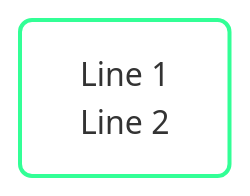
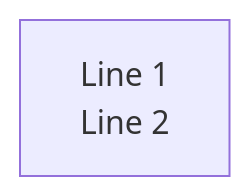
One commit to catface996/powers changed the second of 9 diagrams in requirements-analyst/steering/helper-diagram-standards.md. Above: the diagram before and after it, drawn with Mermaid. The commit also changed other lines of this file, not shown here.

First line of the commit message:
revert(requirements-analyst): remove custom color rules from diagram standards

````diff
--- a/requirements-analyst/steering/helper-diagram-standards.md
+++ b/requirements-analyst/steering/helper-diagram-standards.md
@@ -98,7 +93,4 @@
 ```mermaid
-%%{init: {'theme': 'base', 'themeVariables': { 'background': '#000066' }}}%%
 graph TD
     A["Line 1<br/>Line 2"]
-
-    style A fill:none,stroke:#32FF96,stroke-width:2px,rx:6
 ```
````
